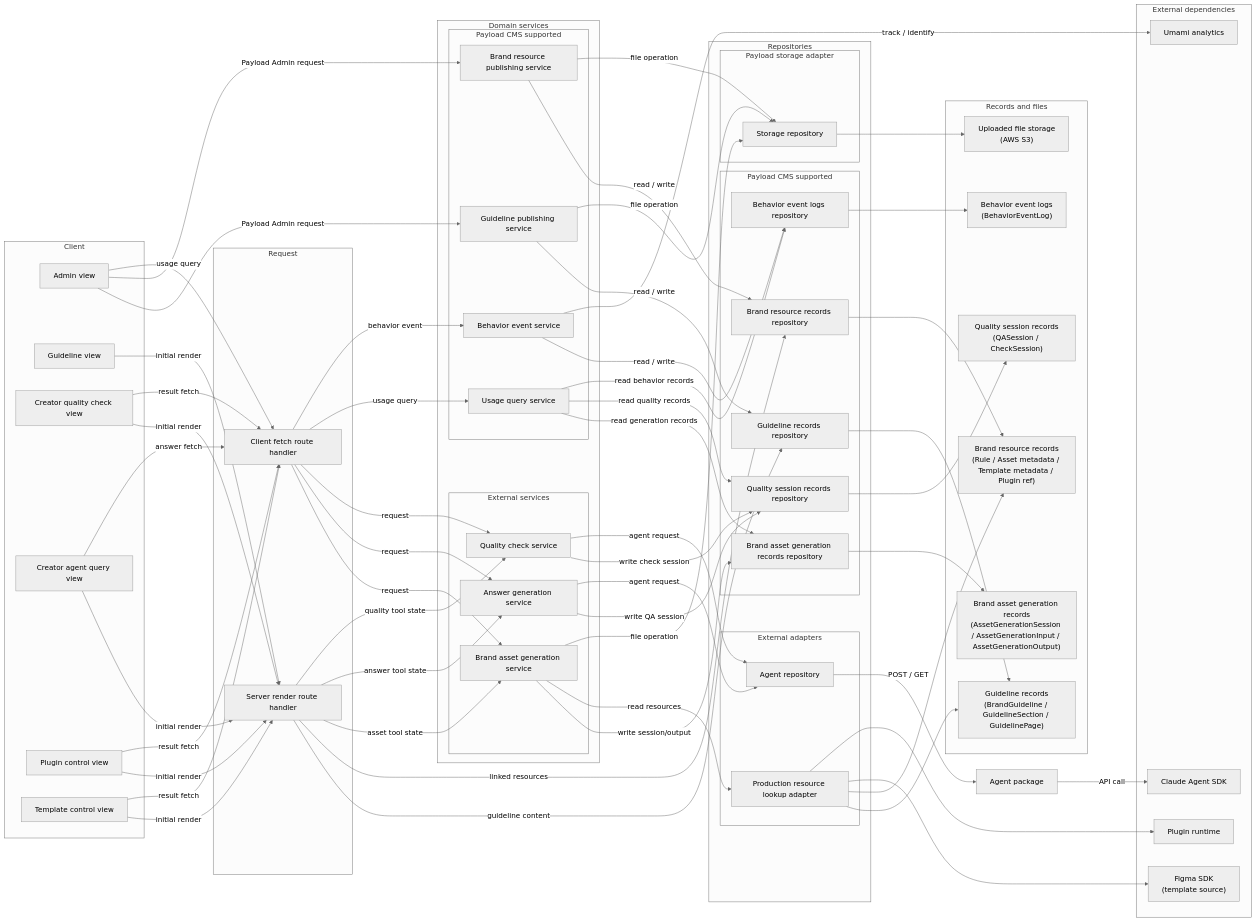
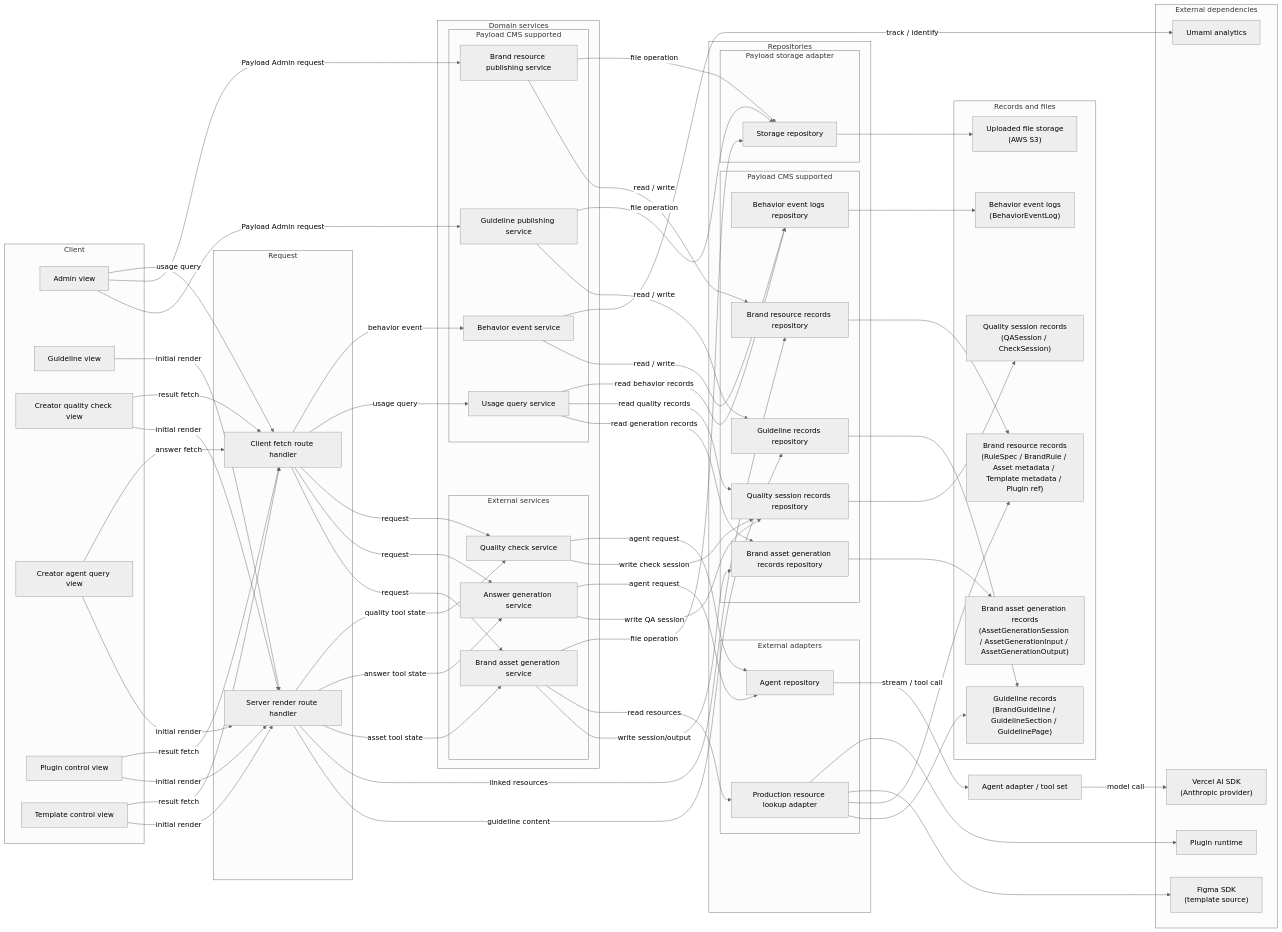
Before and after one commit to ewoooo/living-brand-system: the first of 8 diagrams in docs/05-system-architecture.md, drawn with Mermaid (neutral theme). The commit also changed other lines of this file and 4 other files, not shown here.

```diff
--- a/docs/05-system-architecture.md
+++ b/docs/05-system-architecture.md
@@ -151,11 +151,11 @@
     end
   end
 
-  AgentPackage["Agent package"]
+  AgentAdapter["Agent adapter / tool set"]
 
   subgraph Storage["Records and files"]
     GuidelineStore["Guideline records<br/>(BrandGuideline / GuidelineSection / GuidelinePage)"]
-    BrandResourceStore["Brand resource records<br/>(Rule / Asset metadata / Template metadata / Plugin ref)"]
+    BrandResourceStore["Brand resource records<br/>(RuleSpec / BrandRule / Asset metadata / Template metadata / Plugin ref)"]
     BrandAssetGenerationStore["Brand asset generation records<br/>(AssetGenerationSession / AssetGenerationInput / AssetGenerationOutput)"]
     QualityStore["Quality session records<br/>(QASession / CheckSession)"]
     BehaviorEventStore["Behavior event logs<br/>(BehaviorEventLog)"]
@@ -164,7 +164,7 @@
 
   subgraph External["External dependencies"]
     FigmaSDK["Figma SDK<br/>(template source)"]
-    AgentSDK["Claude Agent SDK"]
+    AgentSDK["Vercel AI SDK<br/>(Anthropic provider)"]
     PluginStorage["Plugin runtime"]
     UmamiAnalytics["Umami analytics"]
   end
@@ -209,8 +209,8 @@
   BrandResourcePublishingModule -->|"file operation"| StorageRepository
   BrandAssetGenerationModule -->|"file operation"| StorageRepository
 
-  AgentRepository -->|"POST / GET"| AgentPackage
-  AgentPackage -->|"API call"| AgentSDK
+  AgentRepository -->|"stream / tool call"| AgentAdapter
+  AgentAdapter -->|"model call"| AgentSDK
 
   ProductionResourceRepository --> GuidelineStore
   ProductionResourceRepository --> BrandResourceStore
```
